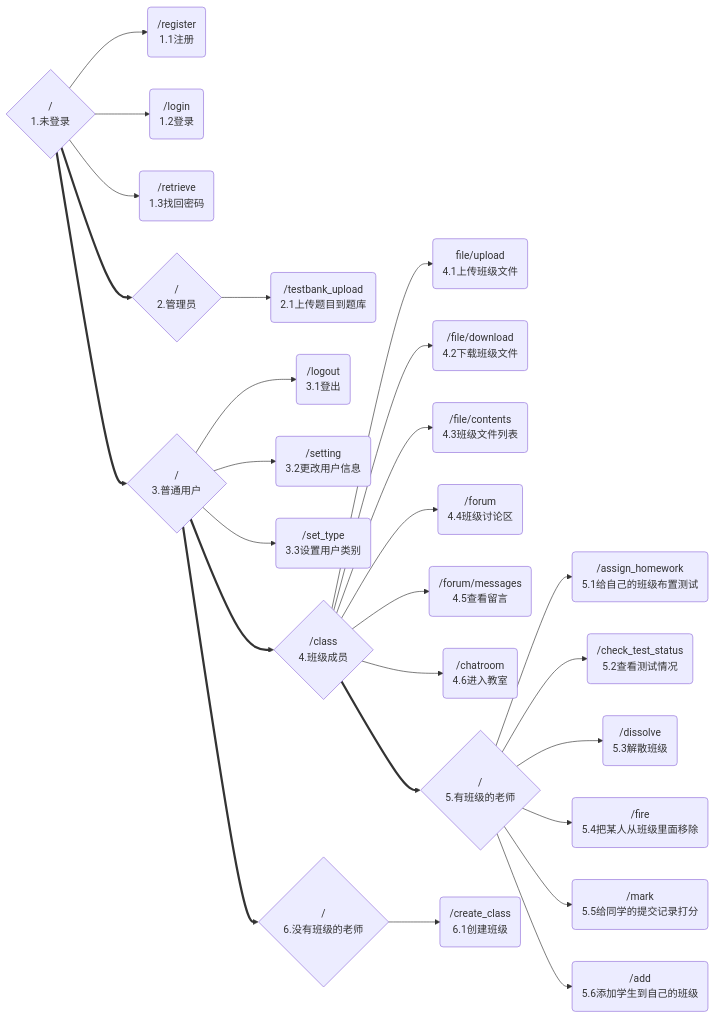
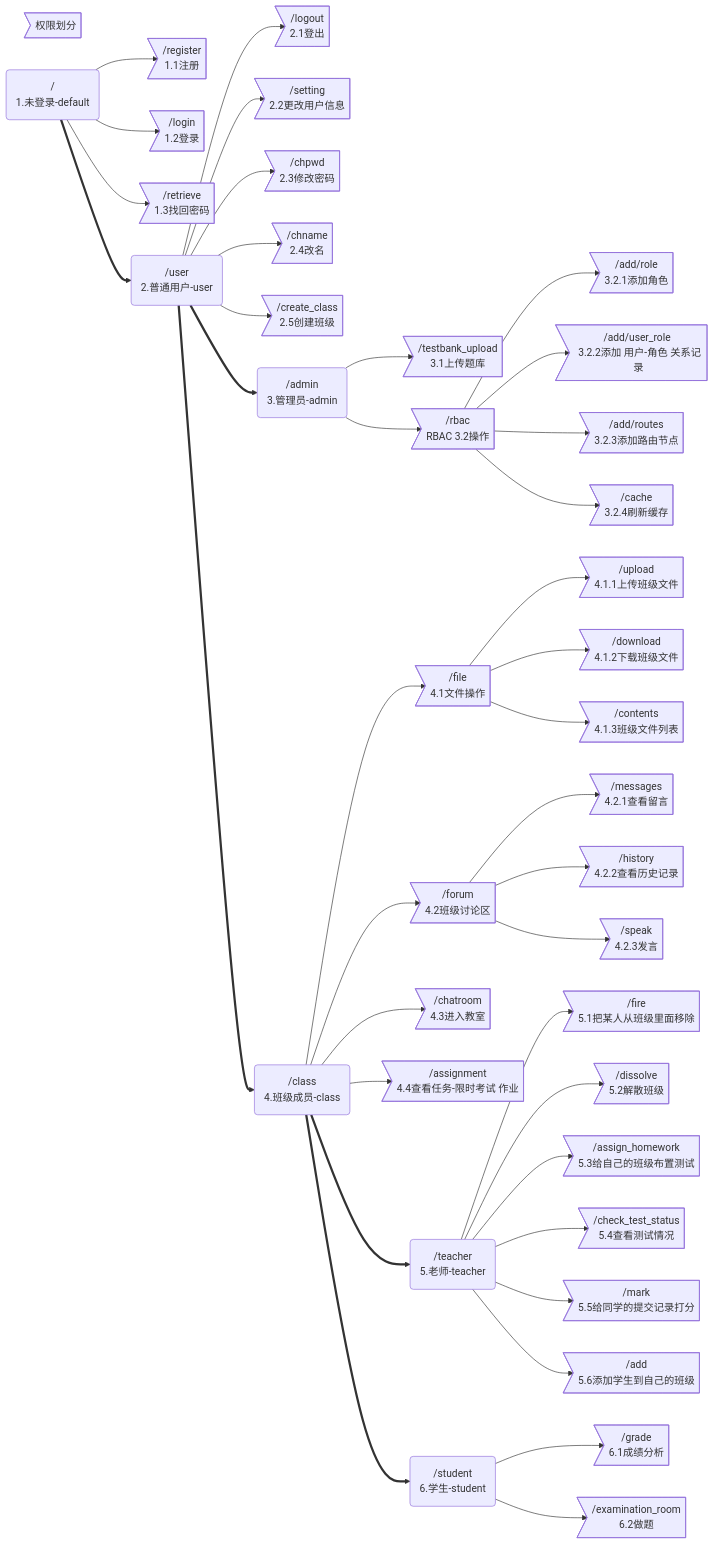
Before and after one commit to kip234/ketangpai: the second of 2 diagrams in readme.md, drawn with Mermaid. The commit also changed other lines of this file and 90 other files, not shown here.

````diff
--- a/readme.md
+++ b/readme.md
@@ -930,28 +1141,42 @@
 ```mermaid
 graph LR
-1{/ </br> 1.未登录}-->1.1(/register </br> 1.1注册)
-1-->1.2(/login </br> 1.2登录)
-1-->1.3(/retrieve </br> 1.3找回密码)
-1==>2{/ </br> 2.管理员}
-2-->2.1(/testbank_upload </br> 2.1上传题目到题库)
-1==>3{/ </br> 3.普通用户}
-3-->3.1(/logout </br> 3.1登出)
-3-->3.2(/setting </br> 3.2更改用户信息)
-3-->3.3(/set_type </br> 3.3设置用户类别)
-3==>4{/class </br> 4.班级成员}
-4-->4.1(file/upload </br> 4.1上传班级文件)
-4-->4.2(/file/download </br> 4.2下载班级文件)
-4-->4.3(/file/contents </br> 4.3班级文件列表)
-4-->4.4(/forum </br> 4.4班级讨论区)
-4-->4.5(/forum/messages </br> 4.5查看留言)
-4-->4.6(/chatroom </br> 4.6进入教室)
-4==>5{/ </br> 5.有班级的老师}
-5-->5.1(/assign_homework </br> 5.1给自己的班级布置测试)
-5-->5.2(/check_test_status </br> 5.2查看测试情况)
-5-->5.3(/dissolve </br> 5.3解散班级)
-5-->5.4(/fire </br> 5.4把某人从班级里面移除)
-5-->5.5(/mark </br> 5.5给同学的提交记录打分)
-5-->5.6(/add </br> 5.6添加学生到自己的班级)
-3==>6{/ </br> 6.没有班级的老师}
-6-->6.1(/create_class </br> 6.1创建班级)
+0>权限划分]
+1(/ </br> 1.未登录-default)
+1-->1.1>/register </br> 1.1注册]
+1-->1.2>/login </br> 1.2登录]
+1-->1.3>/retrieve </br> 1.3找回密码]
+1==>2(/user </br> 2.普通用户-user)
+2-->2.1>/logout </br> 2.1登出]
+2-->2.2>/setting </br> 2.2更改用户信息]
+2-->2.3>/chpwd </br> 2.3修改密码]
+2-->2.4>/chname </br> 2.4改名]
+2-->2.5>/create_class </br> 2.5创建班级]
+2==>3(/admin </br> 3.管理员-admin)
+3-->3.1>/testbank_upload </br> 3.1上传题库]
+3-->3.2>/rbac </br> RBAC 3.2操作]
+3.2-->3.2.1>/add/role </br> 3.2.1添加角色]
+3.2-->3.2.2>/add/user_role </br> 3.2.2添加 用户-角色 关系记录]
+3.2-->3.2.3>/add/routes </br> 3.2.3添加路由节点]
+3.2-->3.2.4>/cache </br> 3.2.4刷新缓存]
+2==>4(/class </br> 4.班级成员-class)
+4-->4.1>/file </br> 4.1文件操作]
+4.1-->4.1.1>/upload </br> 4.1.1上传班级文件]
+4.1-->4.1.2>/download </br> 4.1.2下载班级文件]
+4.1-->4.1.3>/contents </br> 4.1.3班级文件列表]
+4-->4.2>/forum </br> 4.2班级讨论区]
+4.2-->4.2.1>/messages </br> 4.2.1查看留言]
+4.2-->4.2.2>/history </br> 4.2.2查看历史记录]
+4.2-->4.2.3>/speak </br> 4.2.3发言]
+4-->4.3>/chatroom </br> 4.3进入教室]
+4-->4.4>/assignment </br> 4.4查看任务-限时考试 作业]
+4==>5(/teacher </br> 5.老师-teacher)
+5-->5.1>/fire </br> 5.1把某人从班级里面移除]
+5-->5.2>/dissolve </br> 5.2解散班级]
+5-->5.3>/assign_homework </br> 5.3给自己的班级布置测试]
+5-->5.4>/check_test_status </br> 5.4查看测试情况]
+5-->5.5>/mark </br> 5.5给同学的提交记录打分]
+5-->5.6>/add </br> 5.6添加学生到自己的班级]
+4==>6(/student </br> 6.学生-student)
+6-->6.2>/grade </br> 6.1成绩分析]
+6-->6.3>/examination_room </br> 6.2做题]
 ```
````
